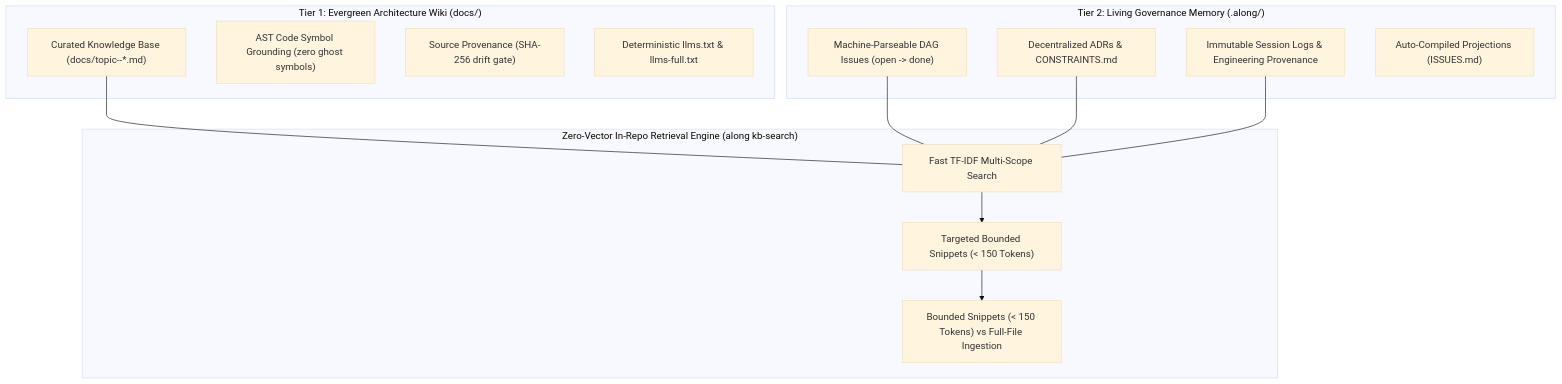
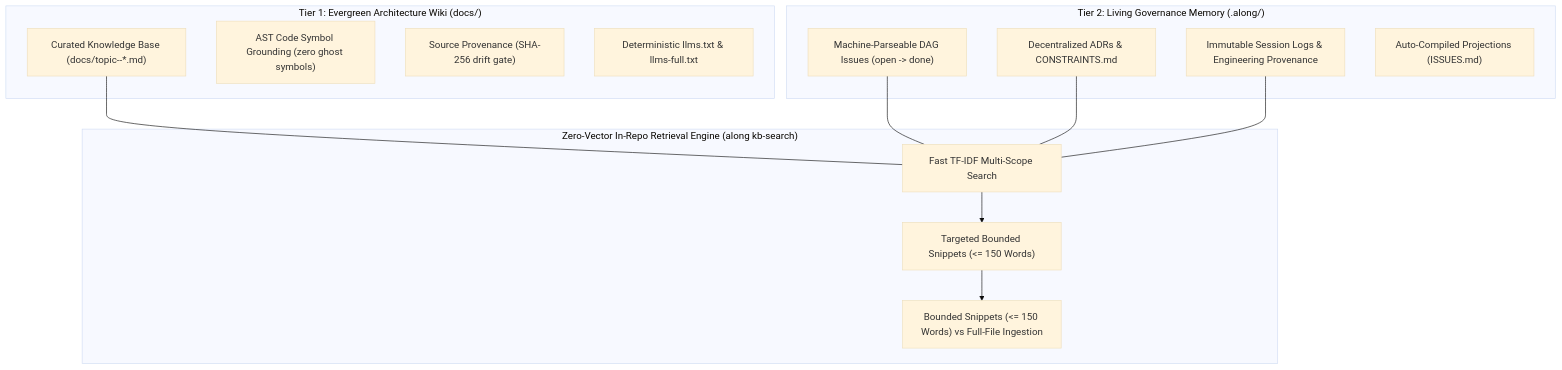
Before and after one commit to actdim/along: the diagram in README.md, drawn with Mermaid (base theme). The commit also changed other lines of this file and 25 other files, not shown here.

````diff
--- a/README.md
+++ b/README.md
@@ -80,28 +80,28 @@
 ```mermaid
 flowchart TD
     subgraph Tier1["Tier 1: Evergreen Architecture Wiki (docs/)"]
         WIKI["Curated Knowledge Base (docs/topic--*.md)"]
         AST["AST Code Symbol Grounding (zero ghost symbols)"]
         PROV["Source Provenance (SHA-256 drift gate)"]
         LLMS["Deterministic llms.txt & llms-full.txt"]
     end
 
     subgraph Tier2["Tier 2: Living Governance Memory (.along/)"]
         ISSUES["Machine-Parseable DAG Issues (open -> done)"]
         ADRS["Decentralized ADRs & CONSTRAINTS.md"]
         SESSIONS["Immutable Session Logs & Engineering Provenance"]
         PROJ["Auto-Compiled Projections (ISSUES.md)"]
     end
 
     subgraph Retrieval["Zero-Vector In-Repo Retrieval Engine (along kb-search)"]
         SEARCH["Fast TF-IDF Multi-Scope Search"]
-        SNIPPETS["Targeted Bounded Snippets (< 150 Tokens)"]
-        SAVINGS["Bounded Snippets (< 150 Tokens) vs Full-File Ingestion"]
+        SNIPPETS["Targeted Bounded Snippets (<= 150 Words)"]
+        SAVINGS["Bounded Snippets (<= 150 Words) vs Full-File Ingestion"]
     end
 
     WIKI --- SEARCH
     ISSUES --- SEARCH
     ADRS --- SEARCH
     SESSIONS --- SEARCH
     SEARCH --> SNIPPETS --> SAVINGS
 ```
````
